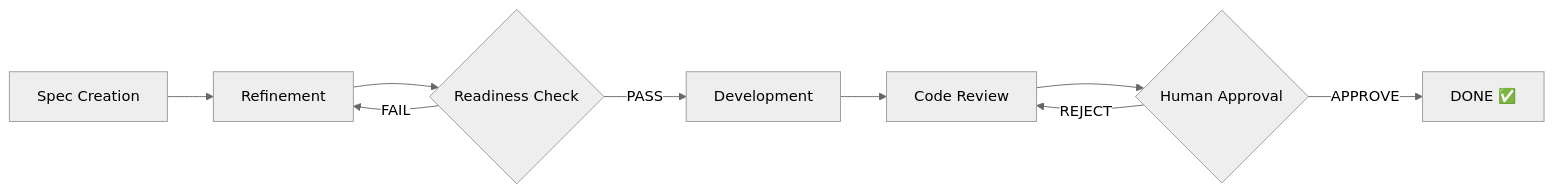
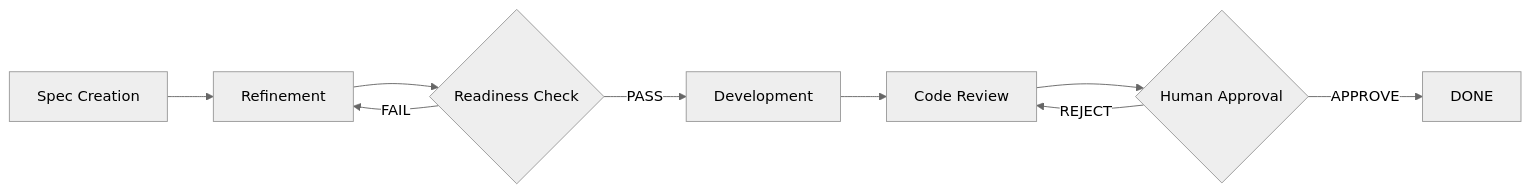
Before and after one commit to samibel/scrum_workflow: the diagram in README.md, drawn with Mermaid (neutral theme). The commit also changed other lines of this file and 124 other files, not shown here.

Commit message:
add create docs and architect

````diff
--- a/README.md
+++ b/README.md
@@ -46,11 +49,11 @@
 ```mermaid
 flowchart LR
     A[Spec Creation] --> B[Refinement]
     B --> C{Readiness Check}
     C -->|PASS| D[Development]
     C -->|FAIL| B
     D --> E[Code Review]
     E --> F{Human Approval}
-    F -->|APPROVE| G[DONE ✅]
+    F -->|APPROVE| G[DONE]
     F -->|REJECT| E
 ```
````
